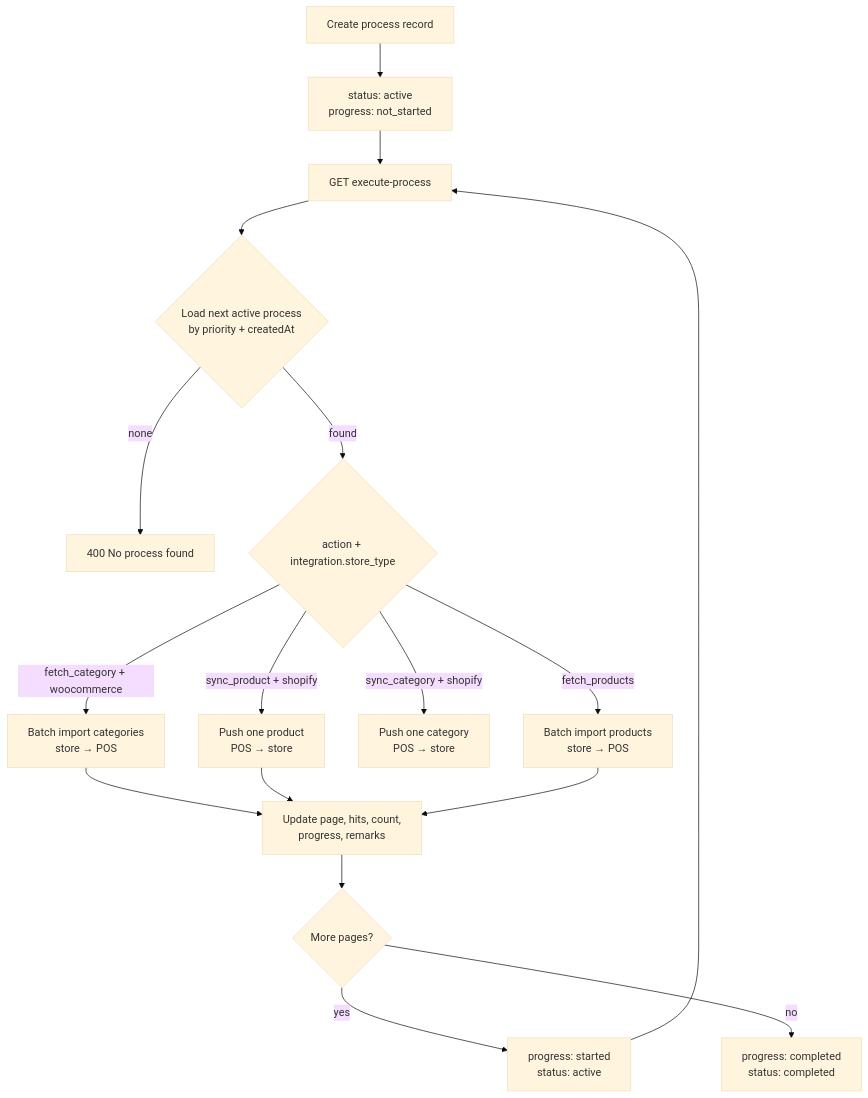
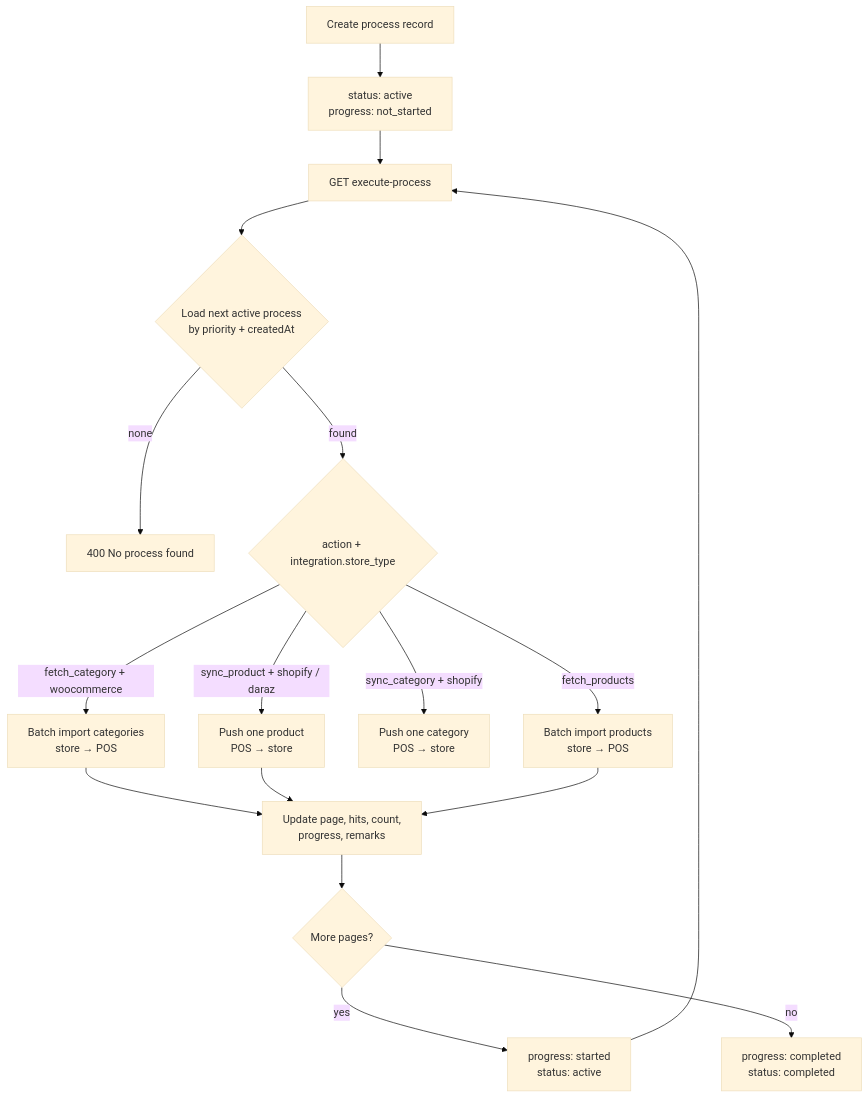
Before and after one commit to farazrawala/Node-js-CRUD-Generator: the diagram in docs/process-system.md, drawn with Mermaid (base theme). The commit also changed other lines of this file and 15 other files, not shown here.

````diff
--- a/docs/process-system.md
+++ b/docs/process-system.md
@@ -21,19 +21,19 @@
 ```mermaid
 flowchart TD
   A[Create process record] --> B[status: active\nprogress: not_started]
   B --> C[GET execute-process]
   C --> D{Load next active process\nby priority + createdAt}
   D -->|none| E[400 No process found]
   D -->|found| F{action + integration.store_type}
   F -->|fetch_category + woocommerce| G[Batch import categories\nstore → POS]
-  F -->|sync_product + shopify| H[Push one product\nPOS → store]
+  F -->|sync_product + shopify / daraz| H[Push one product\nPOS → store]
   F -->|sync_category + shopify| N[Push one category\nPOS → store]
   F -->|fetch_products| I[Batch import products\nstore → POS]
   G --> J[Update page, hits, count,\nprogress, remarks]
   H --> J
   I --> J
   J --> K{More pages?}
   K -->|yes| L[progress: started\nstatus: active]
   K -->|no| M[progress: completed\nstatus: completed]
   L --> C
 ```
````
